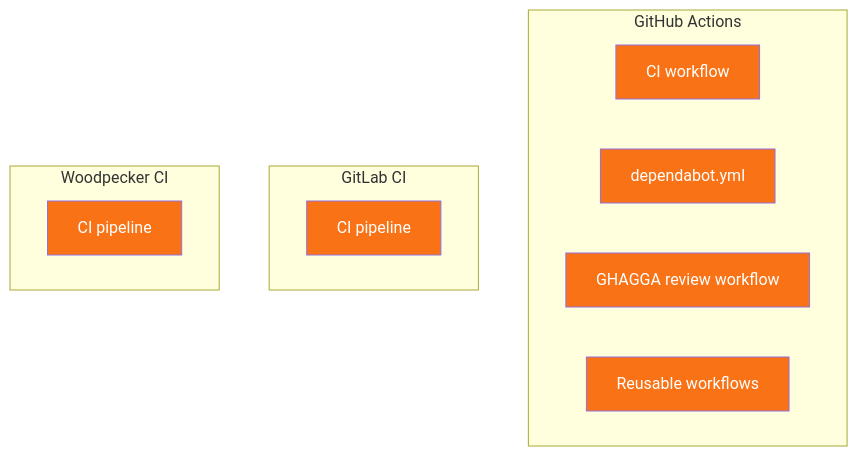
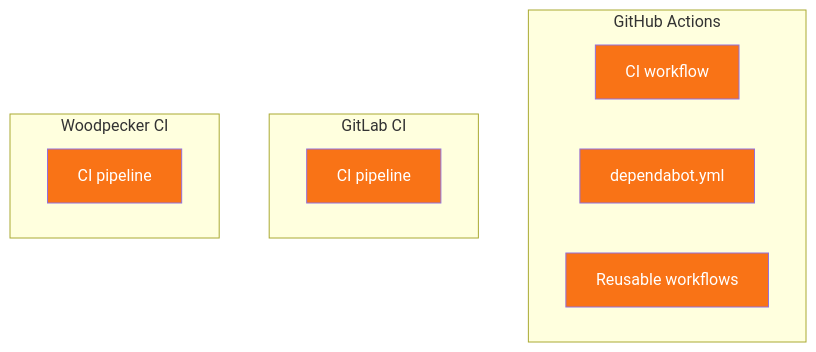
One commit to JNZader/javi-forge changed the diagram in docs/ci-providers.md. Above: the diagram before and after it, drawn with Mermaid. The commit also changed other lines of this file and 5 other files, not shown here.

First line of the commit message:
chore(ci): remove broken ghagga@v1 GitHub Action workflow + template (#43)

````diff
--- a/docs/ci-providers.md
+++ b/docs/ci-providers.md
@@ -58,24 +57,22 @@
 ```mermaid
 flowchart TB
     subgraph "GitHub Actions"
         GH_CI["CI workflow"]
         GH_DEP["dependabot.yml"]
-        GH_GHA["GHAGGA review workflow"]
         GH_RW["Reusable workflows"]
     end
 
     subgraph "GitLab CI"
         GL_CI["CI pipeline"]
     end
 
     subgraph "Woodpecker CI"
         WP_CI["CI pipeline"]
     end
 
     style GH_CI fill:#f97316,color:#fff
     style GH_DEP fill:#f97316,color:#fff
-    style GH_GHA fill:#f97316,color:#fff
     style GH_RW fill:#f97316,color:#fff
     style GL_CI fill:#f97316,color:#fff
     style WP_CI fill:#f97316,color:#fff
 ```
````
